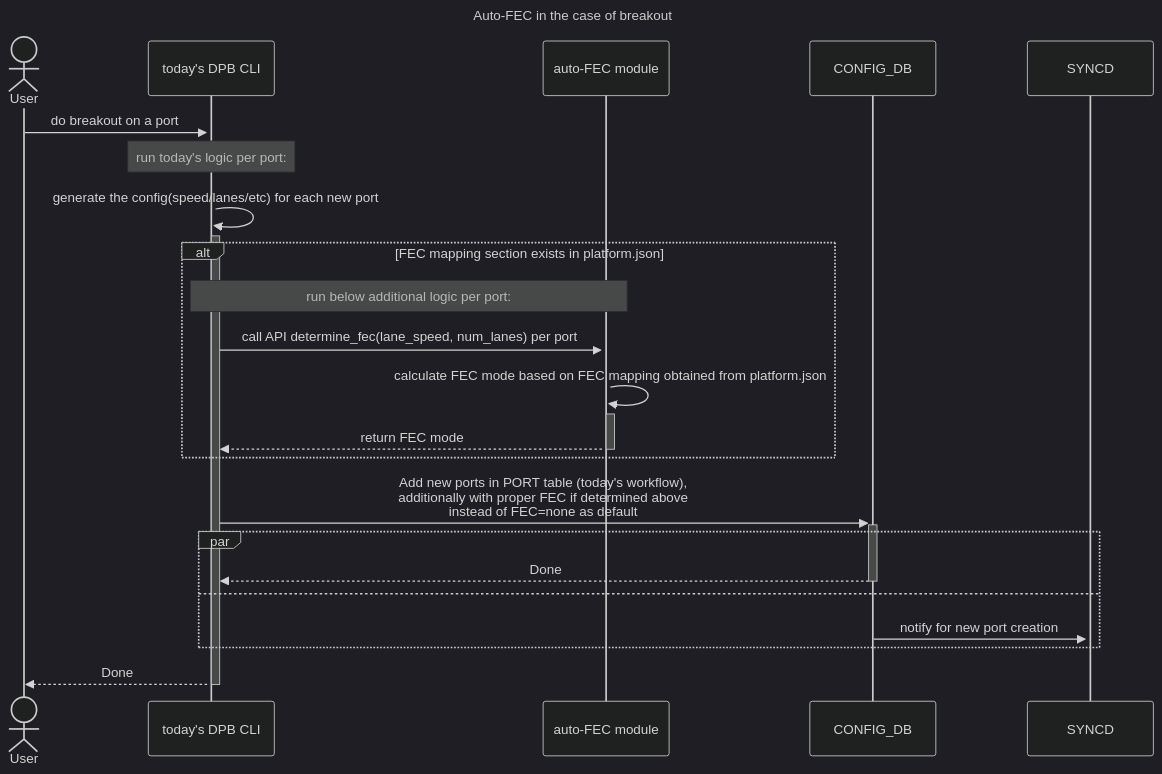
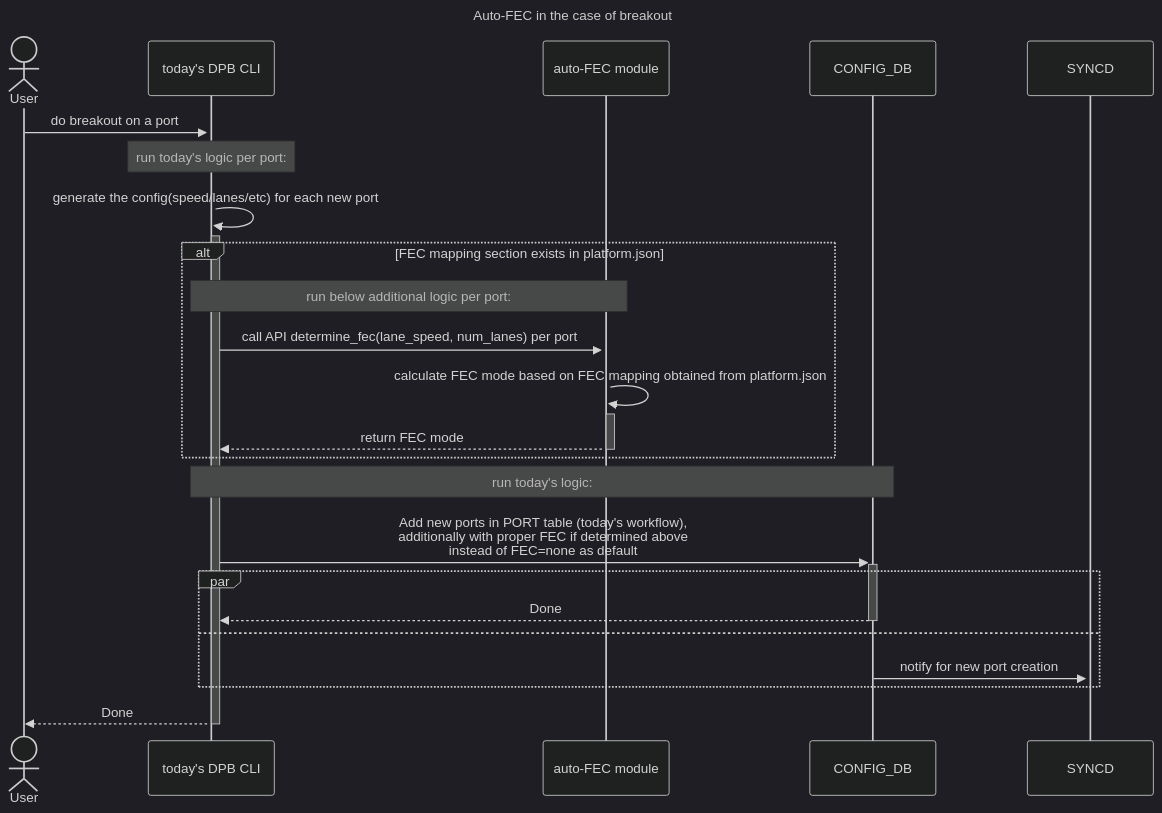
The first of 2 diagrams in doc/port-fec/auto-fec.md (sonic-net/SONiC), drawn with Mermaid (dark theme) before and after one commit.

````diff
--- a/doc/port-fec/auto-fec.md
+++ b/doc/port-fec/auto-fec.md
@@ -3,32 +3,33 @@
 ```mermaid
 sequenceDiagram
     title Auto-FEC in the case of breakout
 
     actor user as User
     participant dpb_cli as today's DPB CLI
     participant auto_fec as auto-FEC module
     participant config_db as CONFIG_DB
     participant syncd as SYNCD
 
 
     user ->>+ dpb_cli: do breakout on a port
     note over dpb_cli: run today's logic per port:
     dpb_cli ->>+ dpb_cli: generate the config(speed/lanes/etc) for each new port
 
     alt FEC mapping section exists in platform.json
         note over dpb_cli,auto_fec: run below additional logic per port:
         dpb_cli ->>+ auto_fec: call API determine_fec(lane_speed, num_lanes) per port
         auto_fec ->>+ auto_fec: calculate FEC mode based on FEC mapping obtained from platform.json
         auto_fec -->>- dpb_cli: return FEC mode
     end
 
+    note over dpb_cli, config_db: run today's logic:
     dpb_cli ->>+ config_db: Add new ports in PORT table (today's workflow), <BR> additionally with proper FEC if determined above <BR> instead of FEC=none as default
 
     par
         config_db -->>- dpb_cli: Done
     and
         config_db ->>+ syncd: notify for new port creation
     end
 
     dpb_cli -->>- user: Done
 ```
````
